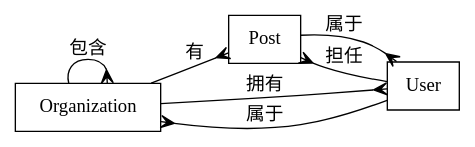
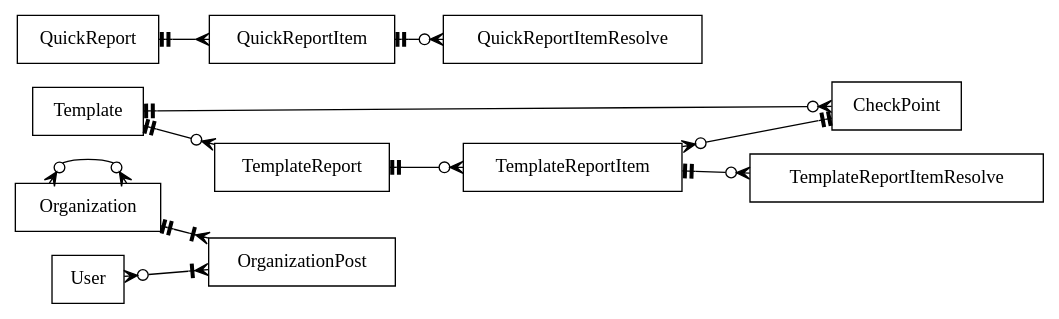
Before and after one commit to chuanjiabao1981/check_v3_db_migrate: the diagram in model.dot, drawn with Graphviz. The commit also changed 3 other files, not shown here.

```diff
--- a/model.dot
+++ b/model.dot
@@ -1,11 +1,25 @@
 digraph G 
 {
 	graph [rankdir=LR] 
 	node [shape=box] 
-    Organization -> Post [arrowhead=crow label="有"]
-    Post -> User [arrowhead=crow label="属于"]
-    User-> Post [arrowhead=crow label="担任"]
-    Organization -> User[arrowhead=crow label="拥有"]
-    User->Organization [arrowhead=crow label="属于"]
-    Organization -> Organization [arrowhead=crow label="包含"] 
+    #Organization -> Post [arrowhead=crow label="有"]
+    #Post -> User [arrowhead=crow label="属于"]
+    #User-> Post [arrowhead=crow label="担任"]
+    #Organization -> User[arrowhead=crow label="拥有"]
+    #User->Organization [arrowhead=crow label="属于"]
+
+    Organization -> OrganizationPost[arrowtail=teetee arrowhead=crowtee dir="both"]
+    Organization -> Organization 	[arrowtail=crowodot arrowhead=crowodot dir="both"] 
+    User  		 -> OrganizationPost[arrowtail=crowodot arrowhead=crowtee dir="both"]
+
+    Template -> CheckPoint[arrowtail=teetee arrowhead=crowodot dir="both"]
+
+    QuickReport->QuickReportItem[arrowtail=teetee  arrowhead=crow dir="both"]
+    QuickReportItem->QuickReportItemResolve[arrowtail=teetee arrowhead=crowodot dir="both"]
+
+    TemplateReport 		-> TemplateReportItem[arrowtail=teetee arrowhead=crowodot dir="both"]
+    TemplateReportItem  -> TemplateReportItemResolve[arrowtail=teetee arrowhead=crowodot dir="both"]
+    Template 			-> TemplateReport[arrowtail=teetee arrowhead=crowodot dir="both"]
+    TemplateReportItem 	-> CheckPoint[arrowtail=crowodot arrowhead=teetee dir="both"]
+
 }
```
